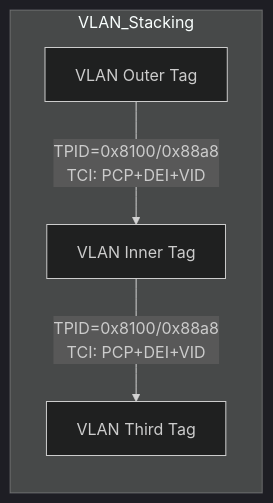
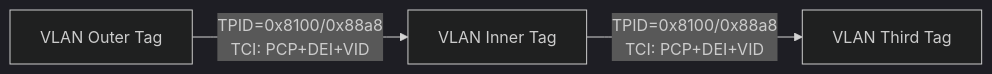
The third of 4 diagrams in docs/PreParser.md (RuyeeAI/HardwareDesign), drawn with Mermaid (dark theme) before and after one commit. The commit also changed other lines of this file, not shown here.

First line of the commit message:
Consolidate PreParser doc: remove separate LUTs, align OpaqueTag/CBFC/SUE handling

````diff
--- a/docs/PreParser.md
+++ b/docs/PreParser.md
@@ -153,11 +153,5 @@
 ```mermaid
 flowchart LR
-    subgraph VLAN_Stacking
-        Outer["VLAN Outer Tag"]
-        Inner["VLAN Inner Tag"]
-        Third["VLAN Third Tag"]
-    end
-
-    Outer -->|"TPID=0x8100/0x88a8<br/>TCI: PCP+DEI+VID"| Inner
-    Inner -->|"TPID=0x8100/0x88a8<br/>TCI: PCP+DEI+VID"| Third
+    Outer["VLAN Outer Tag"] -->|"TPID=0x8100/0x88a8<br/>TCI: PCP+DEI+VID"| Inner["VLAN Inner Tag"]
+    Inner -->|"TPID=0x8100/0x88a8<br/>TCI: PCP+DEI+VID"| Third["VLAN Third Tag"]
 ```
````
